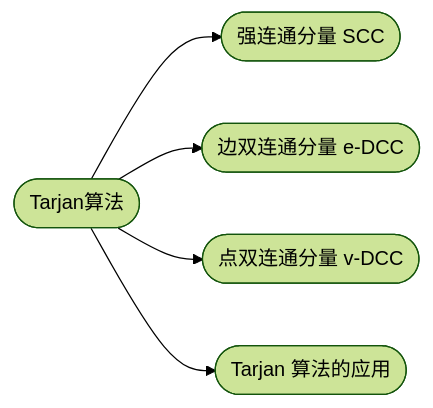
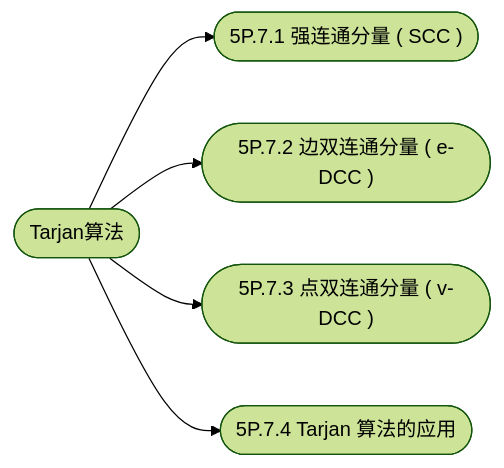
One commit to cuberxl/Coders-Note changed the diagram in 5P-图论进阶/5P.3-Tarjan算法/index.md. Above: the diagram before and after it, drawn with Mermaid (forest theme). The commit also changed other lines of this file and 47 other files, not shown here.

````diff
--- a/5P-图论进阶/5P.3-Tarjan算法/index.md
+++ b/5P-图论进阶/5P.3-Tarjan算法/index.md
@@ -24,8 +24,8 @@
 ```mermaid
 flowchart LR
     R(["Tarjan算法"])
-    R --> N1(["强连通分量 SCC"])
-    R --> N2(["边双连通分量 e-DCC"])
-    R --> N3(["点双连通分量 v-DCC"])
-    R --> N4(["Tarjan 算法的应用"])
+    R --> N1(["5P.7.1 强连通分量 ( SCC )"])
+    R --> N2(["5P.7.2 边双连通分量 ( e-DCC )"])
+    R --> N3(["5P.7.3 点双连通分量 ( v-DCC )"])
+    R --> N4(["5P.7.4 Tarjan 算法的应用"])
 ```
````
